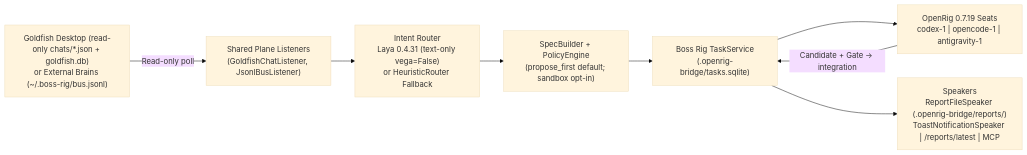
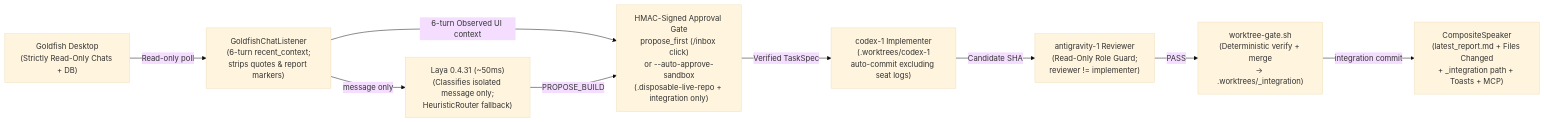
Before and after one commit to goku54477/Boss_Rig: the first of 4 diagrams in README.md, drawn with Mermaid (base theme). The commit also changed other lines of this file and 9 other files, not shown here.

````diff
--- a/README.md
+++ b/README.md
@@ -30,18 +35,20 @@
 ```mermaid
 flowchart LR
-    GF["Goldfish Desktop (read-only chats/*.json + goldfish.db)\nor External Brains (~/.boss-rig/bus.jsonl)"]
-    LIST["Shared Plane Listeners\n(GoldfishChatListener, JsonlBusListener)"]
-    LAYA["Intent Router\nLaya 0.4.31 (text-only vega=False)\nor HeuristicRouter Fallback"]
-    SPEC["SpecBuilder + PolicyEngine\n(propose_first default; sandbox opt-in)"]
-    SVC["Boss Rig TaskService\n(.openrig-bridge/tasks.sqlite)"]
-    SEATS["OpenRig 0.7.19 Seats\ncodex-1 | opencode-1 | antigravity-1"]
-    SPK["Speakers\nReportFileSpeaker (.openrig-bridge/reports/)\nToastNotificationSpeaker | /reports/latest | MCP"]
+    GF["Goldfish Desktop\n(Strictly Read-Only Chats + DB)"]
+    LIST["GoldfishChatListener\n(6-turn recent_context;\nstrips quotes & report markers)"]
+    LAYA["Laya 0.4.31 (~50ms)\n(Classifies isolated message only;\nHeuristicRouter fallback)"]
+    GATE_AUTH["HMAC-Signed Approval Gate\npropose_first (/inbox click)\nor --auto-approve-sandbox\n(.disposable-live-repo + integration only)"]
+    IMPL["codex-1 Implementer\n(.worktrees/codex-1\nauto-commit excluding seat logs)"]
+    REV["antigravity-1 Reviewer\n(Read-Only Role Guard;\nreviewer != implementer)"]
+    MERGE["worktree-gate.sh\n(Deterministic verify + merge\n-> .worktrees/_integration)"]
+    SPK["CompositeSpeaker\n(latest_report.md + Files Changed\n+ _integration path + Toasts + MCP)"]
 
     GF -->|Read-only poll| LIST
-    LIST --> LAYA
-    LAYA --> SPEC
-    SPEC --> SVC
-    SVC --> SEATS
-    SEATS -->|Candidate + Gate -> integration| SVC
-    SVC --> SPK
+    LIST -->|"message only"| LAYA
+    LIST -->|"6-turn Observed UI context"| GATE_AUTH
+    LAYA -->|PROPOSE_BUILD| GATE_AUTH
+    GATE_AUTH -->|Verified TaskSpec| IMPL
+    IMPL -->|Candidate SHA| REV
+    REV -->|PASS| MERGE
+    MERGE -->|integration commit| SPK
 ```
````
